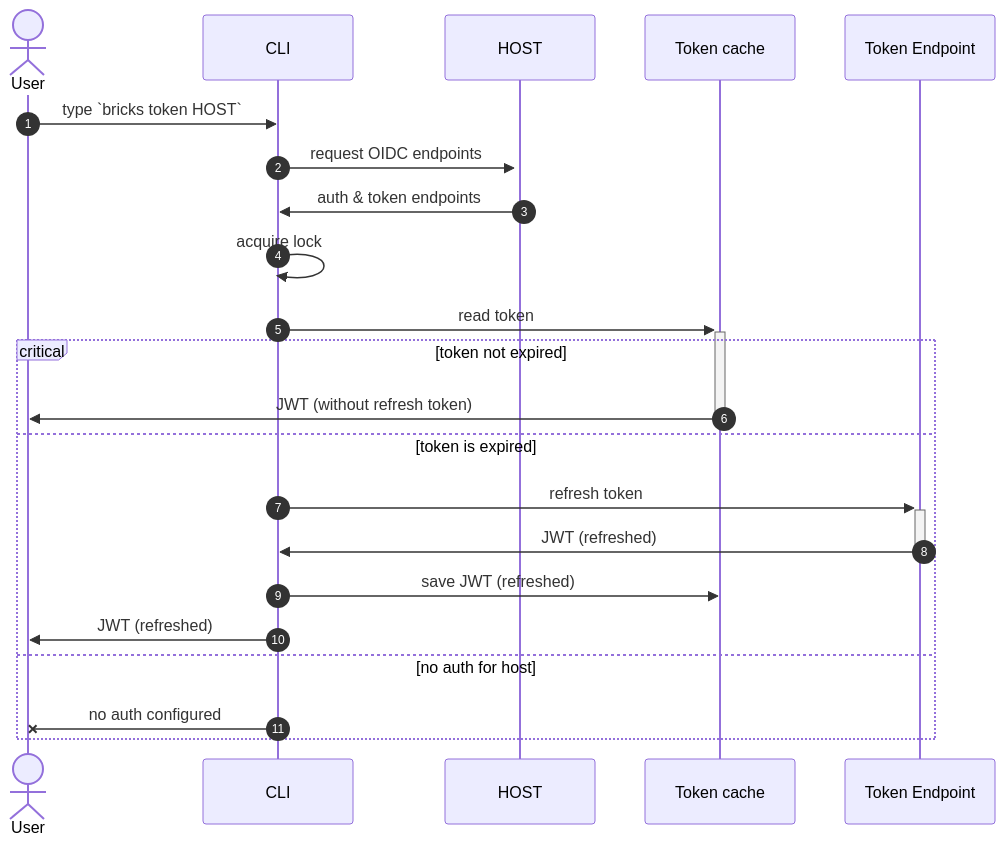
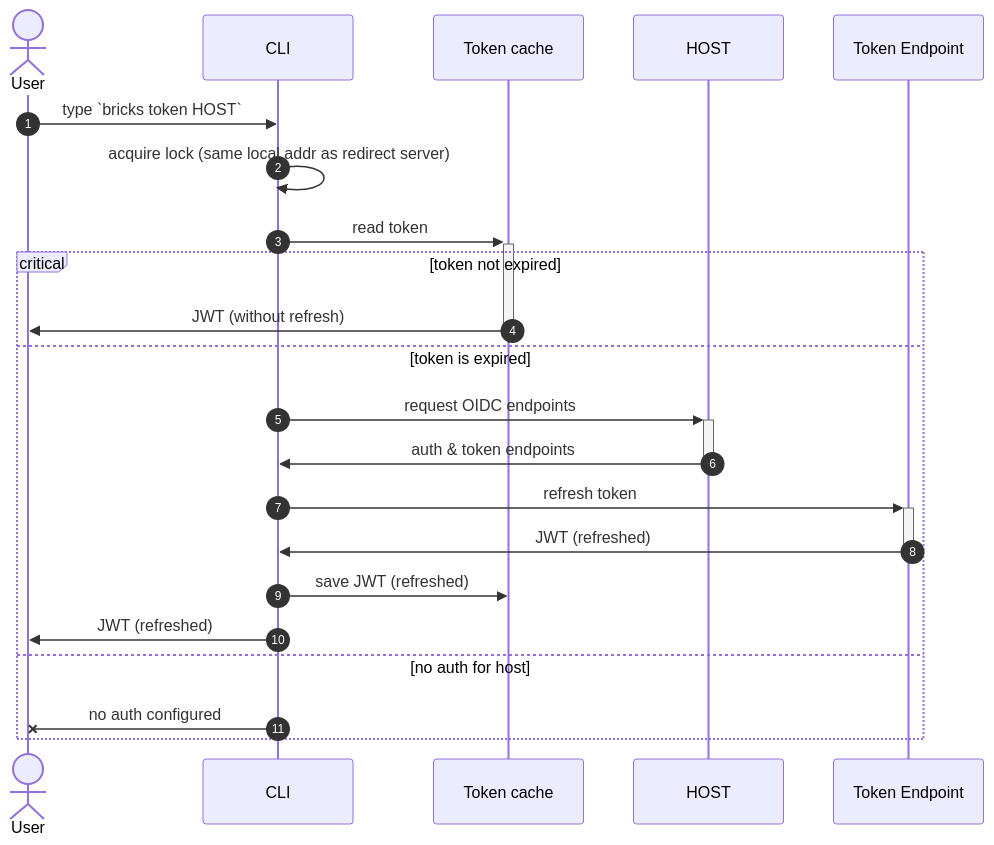
Before and after one commit to databricks/cli: the second of 2 diagrams in cmd/auth/README.md, drawn with Mermaid. The commit also changed other lines of this file and 12 other files, not shown here.

````diff
--- a/cmd/auth/README.md
+++ b/cmd/auth/README.md
@@ -27,26 +27,25 @@
 ```mermaid
 sequenceDiagram
     autonumber
     actor User
     
     User ->> CLI: type `bricks token HOST`
-    CLI ->>+ HOST: request OIDC endpoints
-    HOST ->> CLI: auth & token endpoints
-
-    CLI ->> CLI: acquire lock
+    
+    CLI ->> CLI: acquire lock (same local addr as redirect server)
     CLI ->>+ Token cache: read token
 
-
     critical token not expired
-    Token cache ->>- User: JWT (without refresh token)
+    Token cache ->>- User: JWT (without refresh)
 
     option token is expired
+    CLI ->>+ HOST: request OIDC endpoints
+    HOST ->>- CLI: auth & token endpoints
     CLI ->>+ Token Endpoint: refresh token
     Token Endpoint ->>- CLI: JWT (refreshed)
     CLI ->> Token cache: save JWT (refreshed)
     CLI ->> User: JWT (refreshed)
     
     option no auth for host
     CLI -X User: no auth configured
     end
 ```
````
